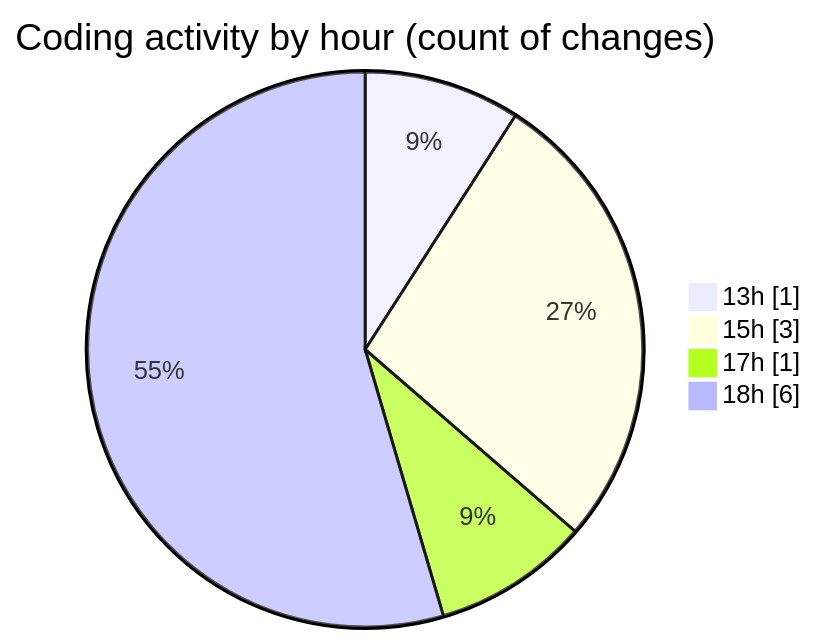
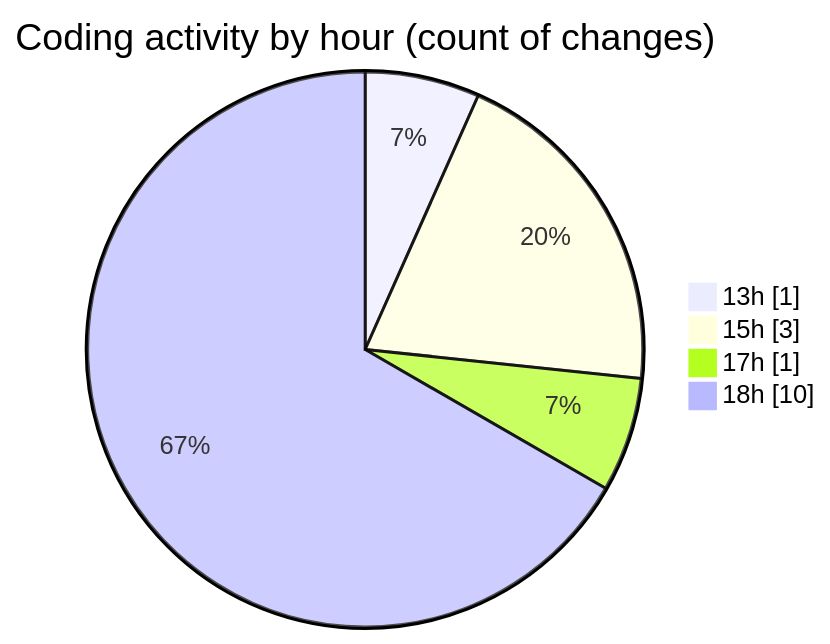
One commit to nxtqubesakshisongat/code-tracking changed the second of 2 diagrams in 2025-04-09/nxtqube_webapp/README.md. Above: the diagram before and after it, drawn with Mermaid. The commit also changed other lines of this file and 1 other file, not shown here.

````diff
--- a/2025-04-09/nxtqube_webapp/README.md
+++ b/2025-04-09/nxtqube_webapp/README.md
@@ -31,8 +31,8 @@
 ```mermaid
 pie showData
 title Coding activity by hour (count of changes)
 "13h" : 1
 "15h" : 3
 "17h" : 1
-"18h" : 6
+"18h" : 10
 ```
````
